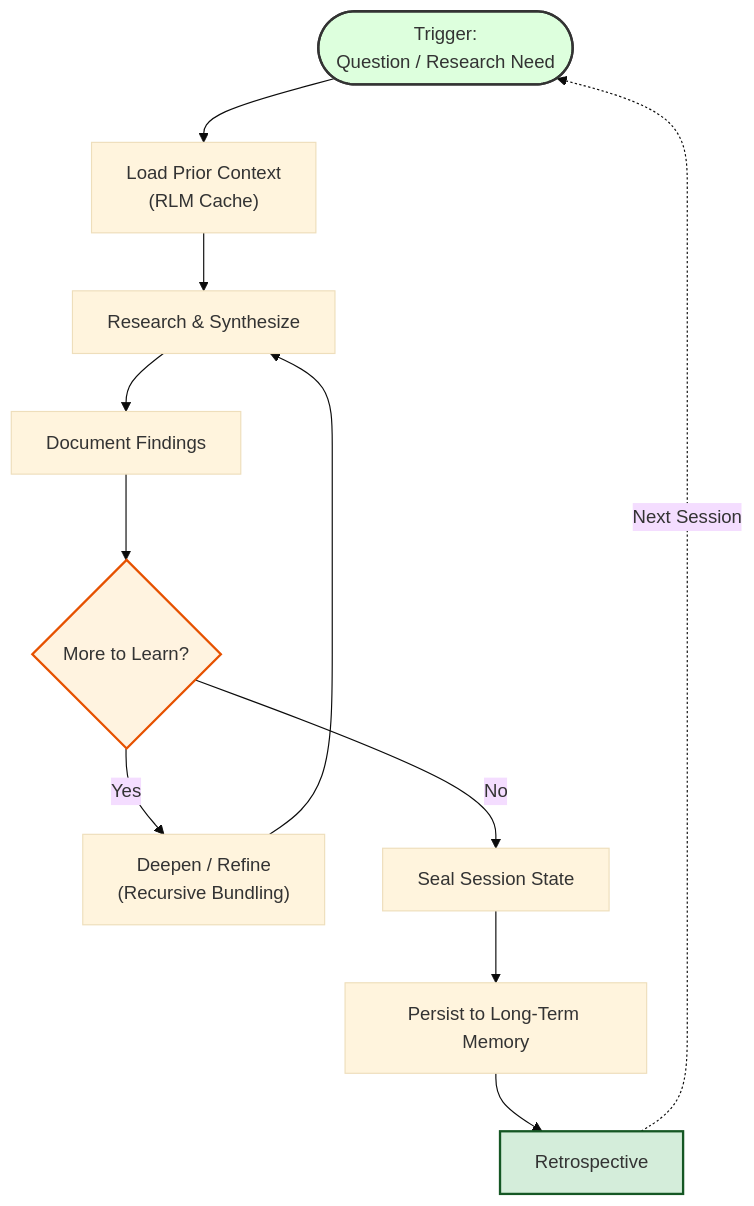
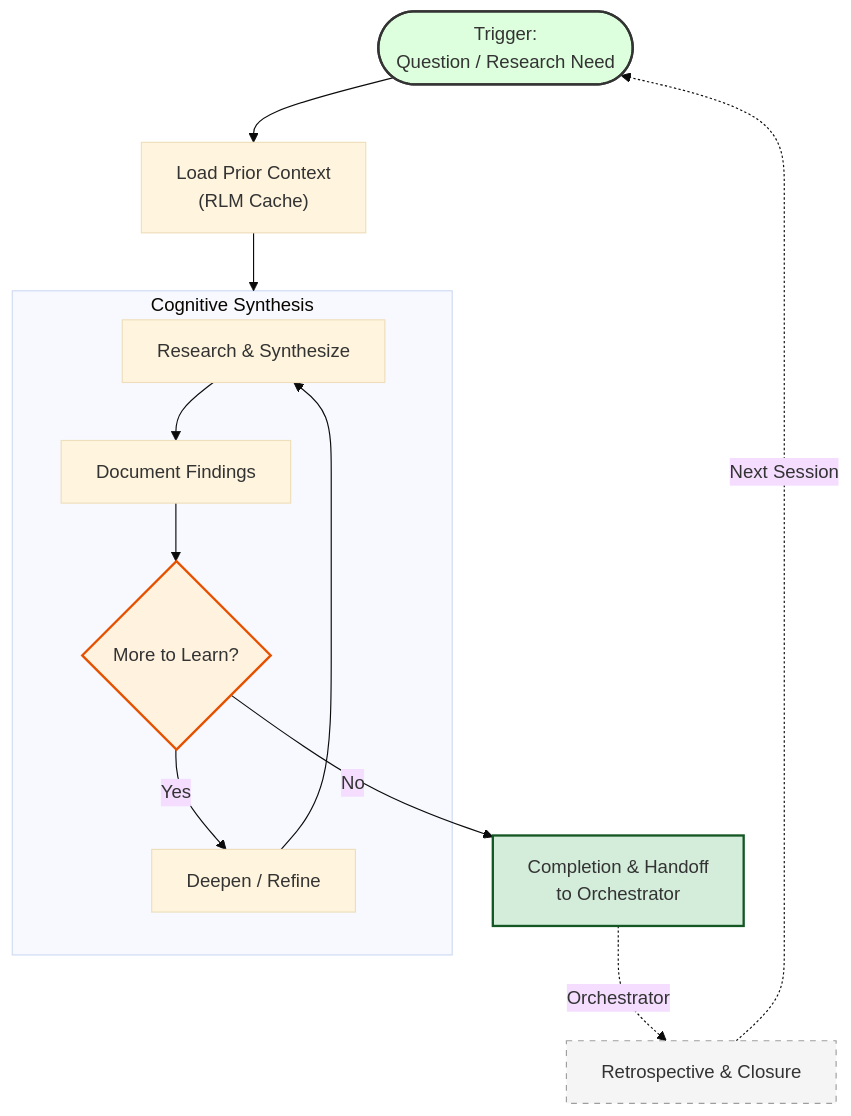
One commit to richfrem/InvestmentToolkit changed the diagram in plugins/agent-loops/resources/diagrams/learning_loop.mmd. Above: the diagram before and after it, drawn with Mermaid. The commit also changed 192 other files, not shown here.

```diff
--- a/plugins/agent-loops/resources/diagrams/learning_loop.mmd
+++ b/plugins/agent-loops/resources/diagrams/learning_loop.mmd
@@ -1,25 +1,34 @@
 ---
 config:
   theme: base
 ---
 
 %% Pattern 1: Simple Learning Loop
 %% Self-directed research, document, iterate. No agents, no reviews.
 %% Location: resources/diagrams/learning_loop.mmd
 
 flowchart TB
     Start(["Trigger:<br>Question / Research Need"])
     Start --> Orient["Load Prior Context<br>(RLM Cache)"]
-    Orient --> Research["Research & Synthesize"]
-    Research --> Document["Document Findings"]
-    Document --> Iterate{"More to Learn?"}
-    Iterate -- Yes --> Deepen["Deepen / Refine<br>(Recursive Bundling)"]
-    Deepen --> Research
-    Iterate -- No --> Seal["Seal Session State"]
-    Seal --> Persist["Persist to Long-Term Memory"]
-    Persist --> Retro["Retrospective"]
-    Retro -.->|"Next Session"| Start
+    
+    subgraph Execution["Cognitive Synthesis"]
+        Research["Research & Synthesize"]
+        Document["Document Findings"]
+        
+        Research --> Document
+        Document --> Iterate{"More to Learn?"}
+        
+        Iterate -- Yes --> Deepen["Deepen / Refine"]
+        Deepen --> Research
+    end
+    
+    Orient --> Execution
+    
+    Iterate -- No --> Handoff["Completion & Handoff<br>to Orchestrator"]
+    Handoff -.->|Orchestrator| Next["Retrospective & Closure"]
+    Next -.->|"Next Session"| Start
 
     style Start fill:#dfd,stroke:#333,stroke-width:2px
     style Iterate fill:#fff3e0,stroke:#e65100,stroke-width:2px
-    style Retro fill:#d4edda,stroke:#155724,stroke-width:2px
+    style Handoff fill:#d4edda,stroke:#155724,stroke-width:2px
+    style Next fill:#f5f5f5,stroke:#9e9e9e,stroke-width:1px,stroke-dasharray: 5 5
```
